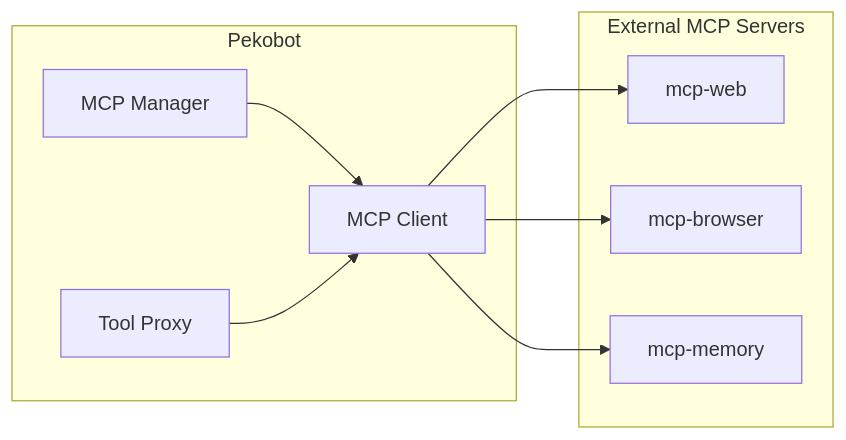
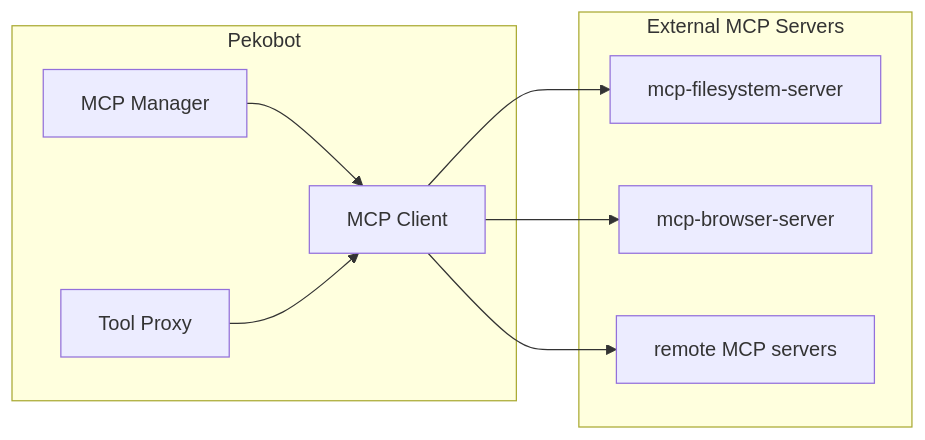
One commit to ConekoAI/peko-runtime changed the second of 9 diagrams in docs/dev/ARCHITECTURE.md. Above: the diagram before and after it, drawn with Mermaid. The commit also changed 35 other files, not shown here.

First line of the commit message:
chore: remove legacy built-in mcp-servers workspace

````diff
--- a/docs/dev/ARCHITECTURE.md
+++ b/docs/dev/ARCHITECTURE.md
@@ -101,20 +101,20 @@
 ```mermaid
 graph LR
     subgraph "Pekobot"
         MANAGER[MCP Manager]
         CLIENT[MCP Client]
         PROXY[Tool Proxy]
     end
     
     subgraph "External MCP Servers"
-        WEB[mcp-web]
-        BROWSER[mcp-browser]
-        MEMORY[mcp-memory]
+        FSrv[mcp-filesystem-server]
+        BSrv[mcp-browser-server]
+        RSrv[remote MCP servers]
     end
     
     MANAGER --> CLIENT
-    CLIENT --> WEB
-    CLIENT --> BROWSER
-    CLIENT --> MEMORY
+    CLIENT --> FSrv
+    CLIENT --> BSrv
+    CLIENT --> RSrv
     PROXY --> CLIENT
 ```
````
